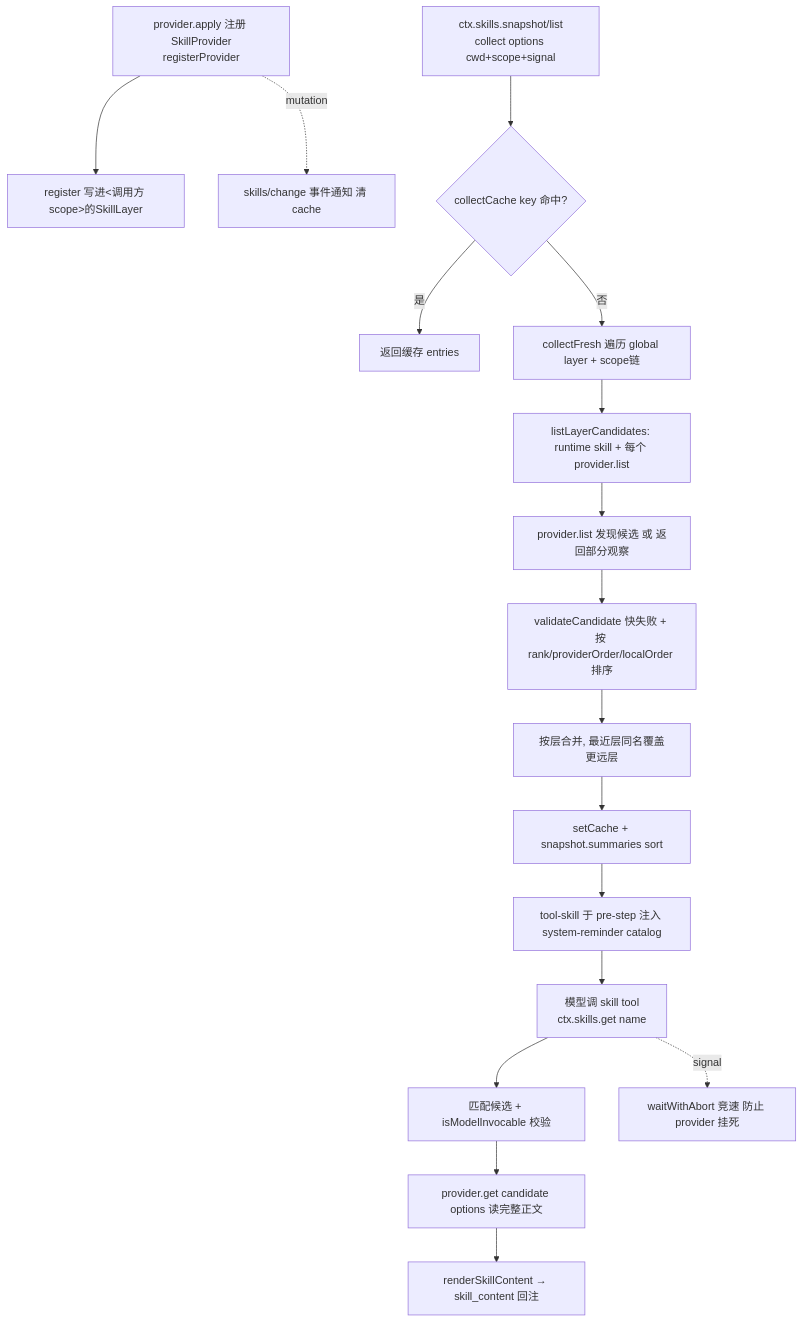
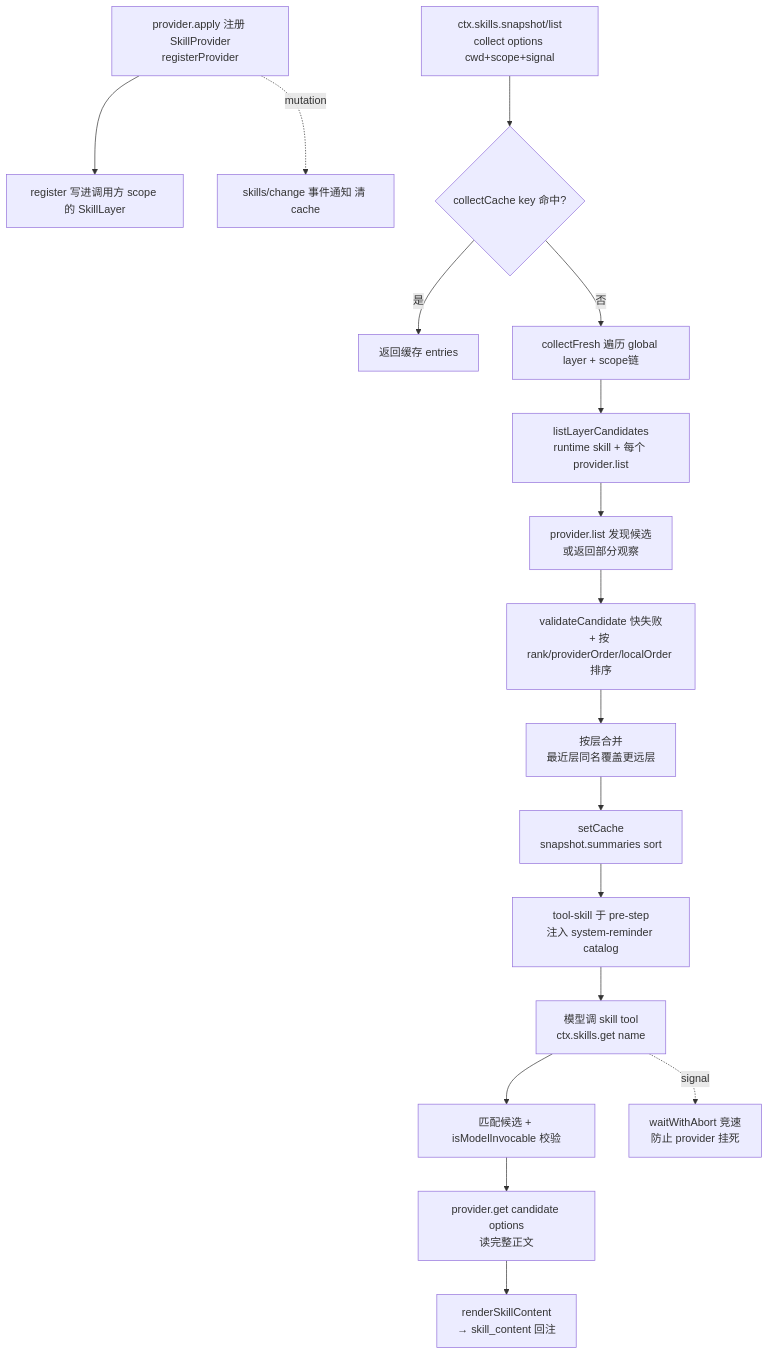
The first of 4 diagrams in ai-agent/deepseek-harness/skill-mcp.md (morehao/oss-insights), drawn with Mermaid before and after one commit. The commit also changed other lines of this file and 27 other files, not shown here.

````diff
--- a/ai-agent/deepseek-harness/skill-mcp.md
+++ b/ai-agent/deepseek-harness/skill-mcp.md
@@ -33,19 +40,37 @@
 ```mermaid
 flowchart TD
-    A[provider.apply 注册 SkillProvider<br>registerProvider] --> B[register 写进<调用方 scope>的SkillLayer]
-    C[ctx.skills.snapshot/list<br>collect options cwd+scope+signal] --> D{collectCache key 命中?}
-    D --是--> E[返回缓存 entries]
-    D --否--> F[collectFresh 遍历 global layer + scope链]
-    F --> G[listLayerCandidates: runtime skill + 每个 provider.list]
-    G --> H[provider.list 发现候选 或 返回部分观察]
-    H --> I[validateCandidate 快失败 + 按 rank/providerOrder/localOrder 排序]
-    I --> J[按层合并, 最近层同名覆盖更远层]
-    J --> K[setCache + snapshot.summaries sort]
-    K --> L[tool-skill 于 pre-step 注入 system-reminder catalog]
-    L --> M[模型调 skill tool<br>ctx.skills.get name]
-    M --> N[匹配候选 + isModelInvocable 校验]
-    N --> O[provider.get candidate options 读完整正文]
-    O --> P[renderSkillContent → skill_content 回注]
-    A -.mutation.-> Q[skills/change 事件通知 清 cache]
-    M -.signal.-> R[waitWithAbort 竞速 防止 provider 挂死]
+    A["provider.apply 注册 SkillProvider<br>registerProvider"]
+    B["register 写进调用方 scope 的 SkillLayer"]
+    C["ctx.skills.snapshot/list<br>collect options cwd+scope+signal"]
+    D{"collectCache key 命中?"}
+    E["返回缓存 entries"]
+    F["collectFresh 遍历 global layer + scope链"]
+    G["listLayerCandidates<br>runtime skill + 每个 provider.list"]
+    H["provider.list 发现候选<br>或返回部分观察"]
+    I["validateCandidate 快失败<br>+ 按 rank/providerOrder/localOrder 排序"]
+    J["按层合并<br>最近层同名覆盖更远层"]
+    K["setCache<br>snapshot.summaries sort"]
+    L["tool-skill 于 pre-step<br>注入 system-reminder catalog"]
+    M["模型调 skill tool<br>ctx.skills.get name"]
+    N["匹配候选 + isModelInvocable 校验"]
+    O["provider.get candidate options<br>读完整正文"]
+    P["renderSkillContent<br>→ skill_content 回注"]
+    Q["skills/change 事件通知 清 cache"]
+    R["waitWithAbort 竞速<br>防止 provider 挂死"]
+    A --> B
+    C --> D
+    D --是--> E
+    D --否--> F
+    F --> G
+    G --> H
+    H --> I
+    I --> J
+    J --> K
+    K --> L
+    L --> M
+    M --> N
+    N --> O
+    O --> P
+    A -.mutation.-> Q
+    M -.signal.-> R
 ```
````
